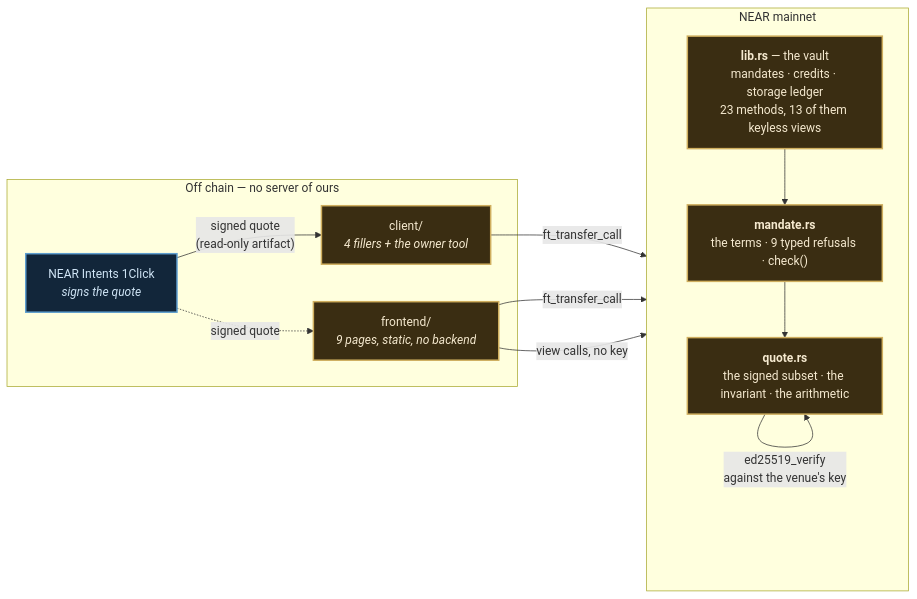
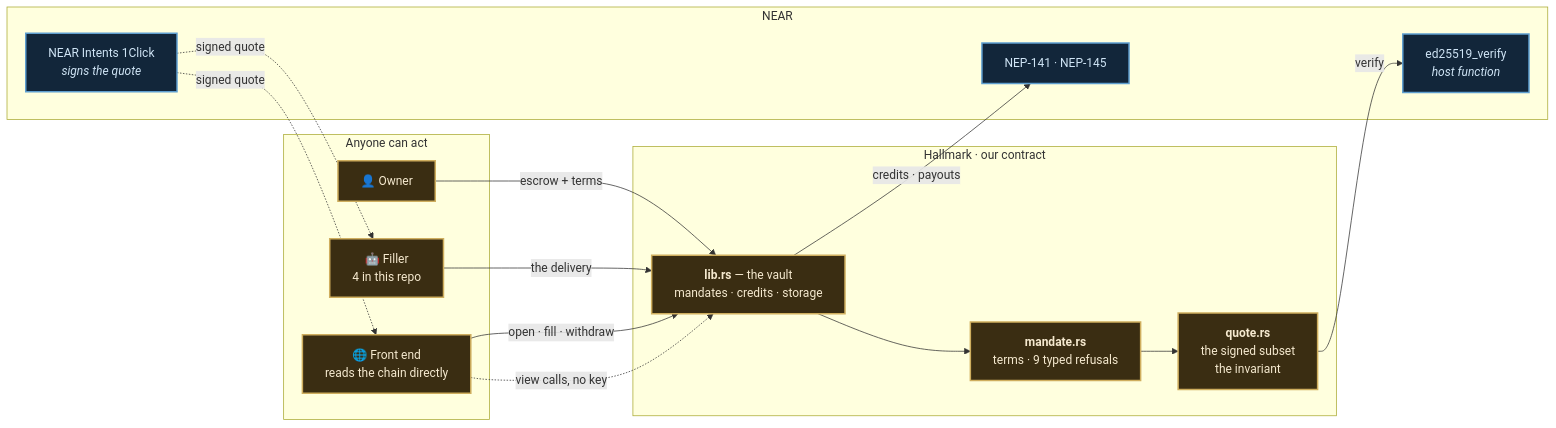
The second of 2 diagrams in README.md (Madhav-Gupta-28/Hallmark), drawn with Mermaid before and after one commit. The commit also changed other lines of this file, not shown here.

````diff
--- a/README.md
+++ b/README.md
@@ -258,26 +241,35 @@
 ```mermaid
 flowchart LR
-    subgraph OFF["Off chain — no server of ours"]
-        V["NEAR Intents 1Click<br/><i>signs the quote</i>"]:::venue
-        CL["client/<br/><i>4 fillers + the owner tool</i>"]:::ours
-        FE["frontend/<br/><i>9 pages, static, no backend</i>"]:::ours
+    subgraph ACT["Anyone can act"]
+        OW["👤 Owner"]
+        AG["🤖 Filler<br/>4 in this repo"]
+        FE["🌐 Front end<br/>reads the chain directly"]
     end
 
-    subgraph ON["NEAR mainnet"]
-        direction TB
-        Q["<b>quote.rs</b><br/>the signed subset · the invariant · the arithmetic"]:::ours
-        M["<b>mandate.rs</b><br/>the terms · 9 typed refusals · check()"]:::ours
-        L["<b>lib.rs</b> — the vault<br/>mandates · credits · storage ledger<br/>23 methods, 13 of them keyless views"]:::ours
+    subgraph HM["Hallmark · our contract"]
+        L["<b>lib.rs</b> — the vault<br/>mandates · credits · storage"]
+        M["<b>mandate.rs</b><br/>terms · 9 typed refusals"]
+        Q["<b>quote.rs</b><br/>the signed subset<br/>the invariant"]
     end
 
-    V -- "signed quote<br/>(read-only artifact)" --> CL
-    V -. "signed quote" .-> FE
-    CL -- "ft_transfer_call" --> L
-    FE -- "ft_transfer_call" --> L
-    FE -- "view calls, no key" --> L
+    subgraph NR["NEAR"]
+        IC["NEAR Intents 1Click<br/><i>signs the quote</i>"]
+        EV["ed25519_verify<br/><i>host function</i>"]
+        TK["NEP-141 · NEP-145"]
+    end
+
+    IC -. "signed quote" .-> AG
+    IC -. "signed quote" .-> FE
+    OW -- "escrow + terms" --> L
+    AG -- "the delivery" --> L
+    FE -- "open · fill · withdraw" --> L
+    FE -. "view calls, no key" .-> L
     L --> M --> Q
-    Q -- "ed25519_verify<br/>against the venue's key" --> Q
+    Q -- "verify" --> EV
+    L -- "credits · payouts" --> TK
 
     classDef ours fill:#3a2d12,stroke:#cfae5e,stroke-width:2px,color:#f5e9cf
     classDef venue fill:#12263a,stroke:#5e9ecf,stroke-width:2px,color:#cfe4f5
+    class OW,AG,FE,L,M,Q ours
+    class IC,EV,TK venue
 ```
````
